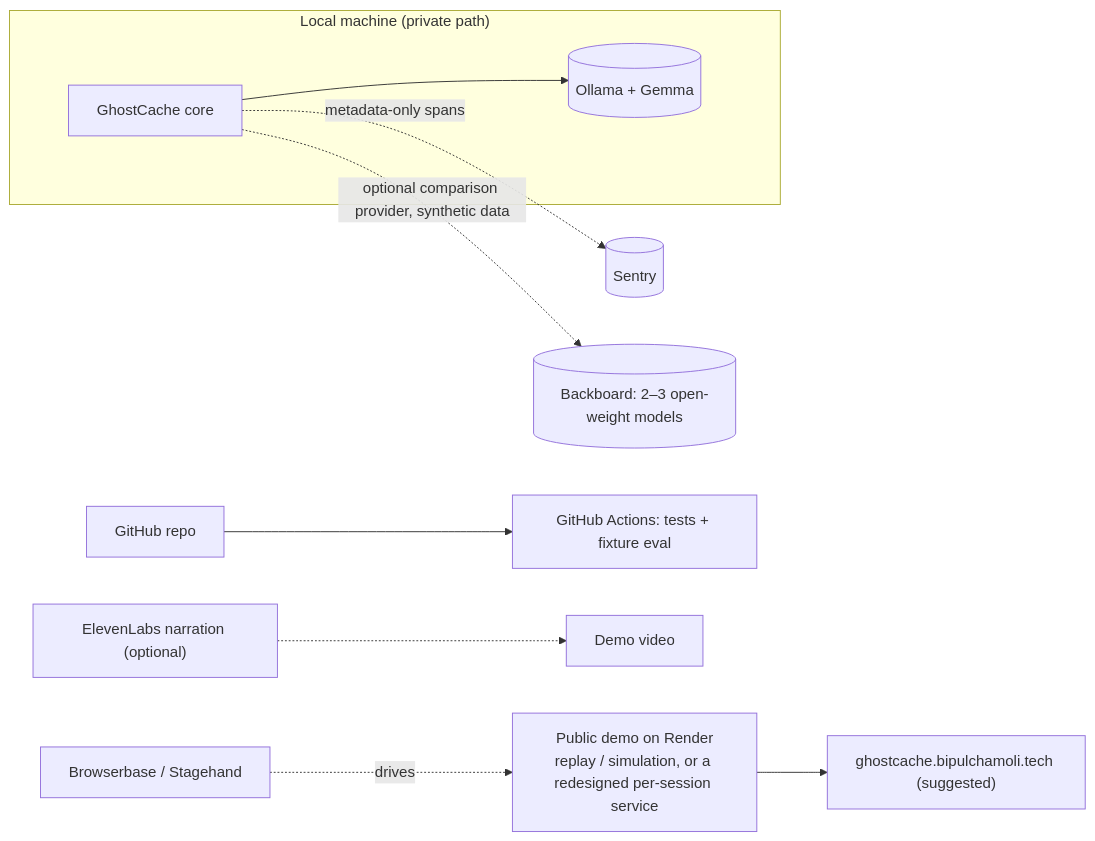
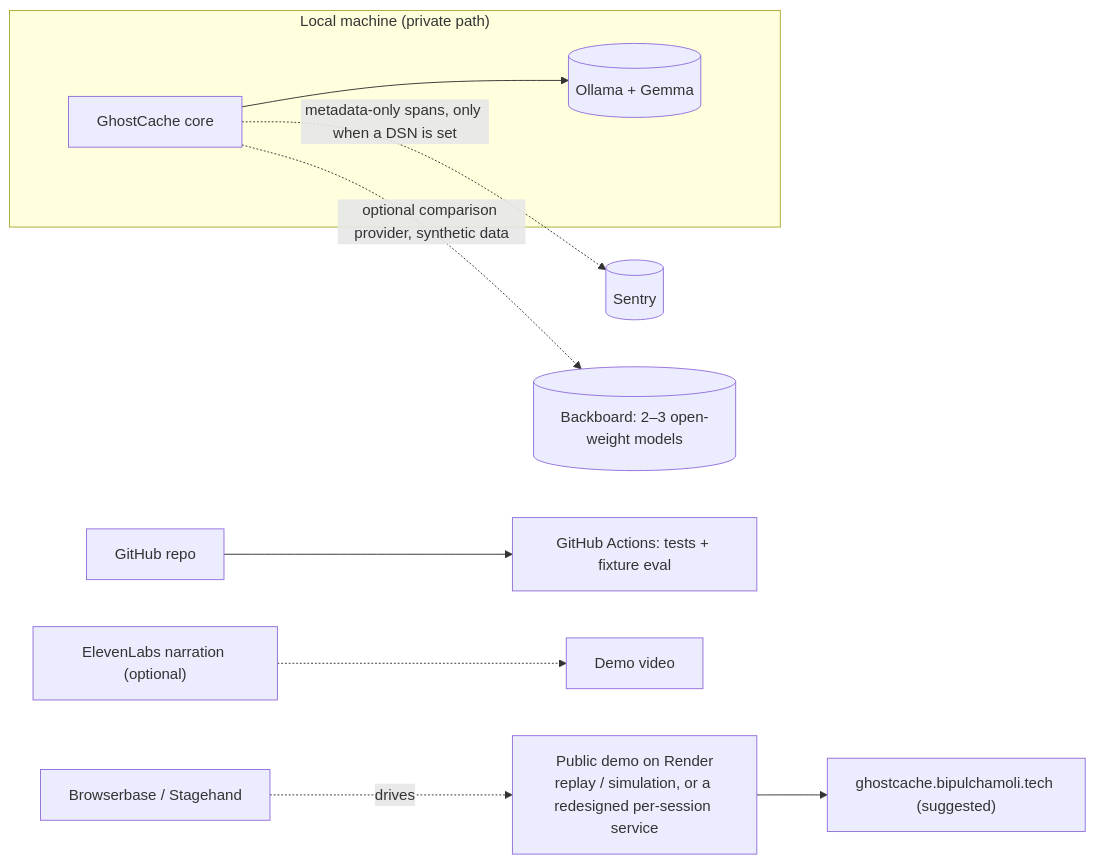
The fifth of 5 diagrams in architecture.md (bipul724/GhostCache), drawn with Mermaid before and after one commit. The commit also changed other lines of this file and 16 other files, not shown here.

Commit message:
Add optional metadata-only Sentry agent tracing

````diff
--- a/architecture.md
+++ b/architecture.md
@@ -393,12 +395,12 @@
 ```mermaid
 flowchart LR
     subgraph Local["Local machine (private path)"]
         App[GhostCache core] --> Ollama[(Ollama + Gemma)]
     end
-    App -. metadata-only spans .-> Sentry[(Sentry)]
+    App -. metadata-only spans, only when a DSN is set .-> Sentry[(Sentry)]
     App -. optional comparison provider, synthetic data .-> BB[(Backboard: 2–3 open-weight models)]
     GH[GitHub repo] --> GHA[GitHub Actions: tests + fixture eval]
     Public["Public demo on Render<br/>replay / simulation, or a redesigned per-session service"] --> DNS["ghostcache.bipulchamoli.tech (suggested)"]
     Browserbase["Browserbase / Stagehand"] -. drives .-> Public
     EL["ElevenLabs narration (optional)"] -.-> Video[Demo video]
 ```
````
